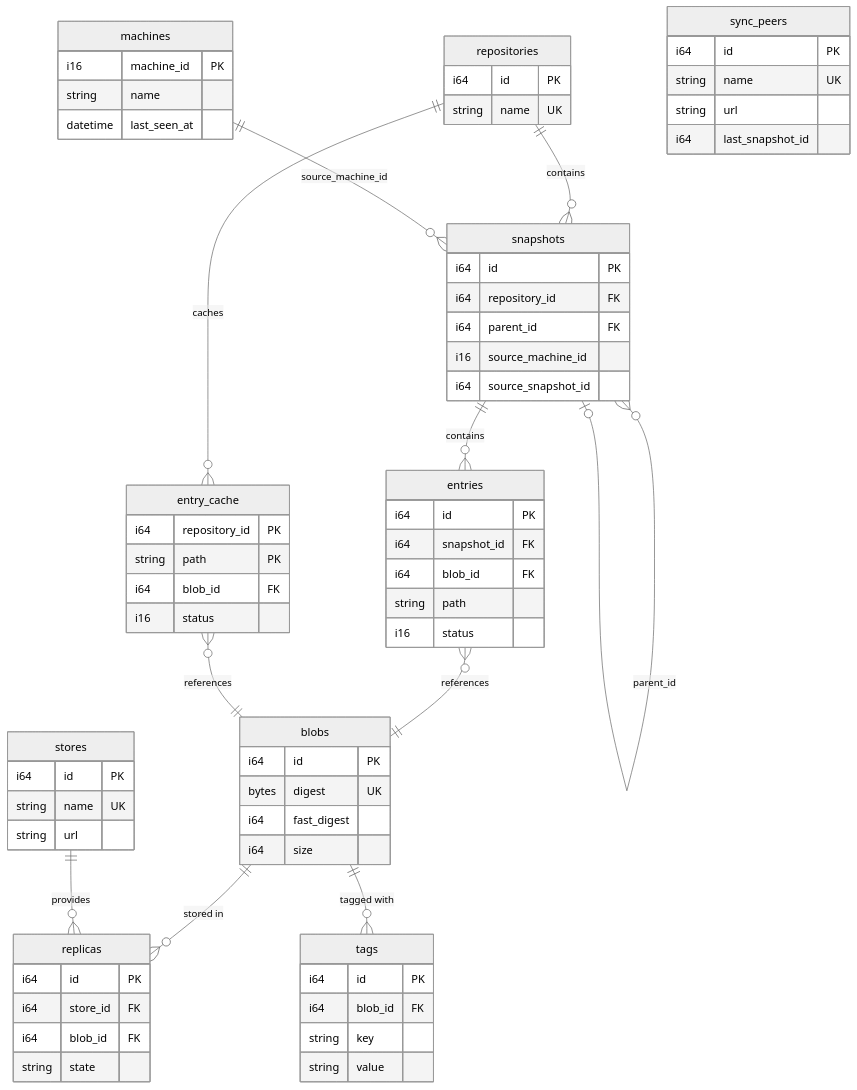
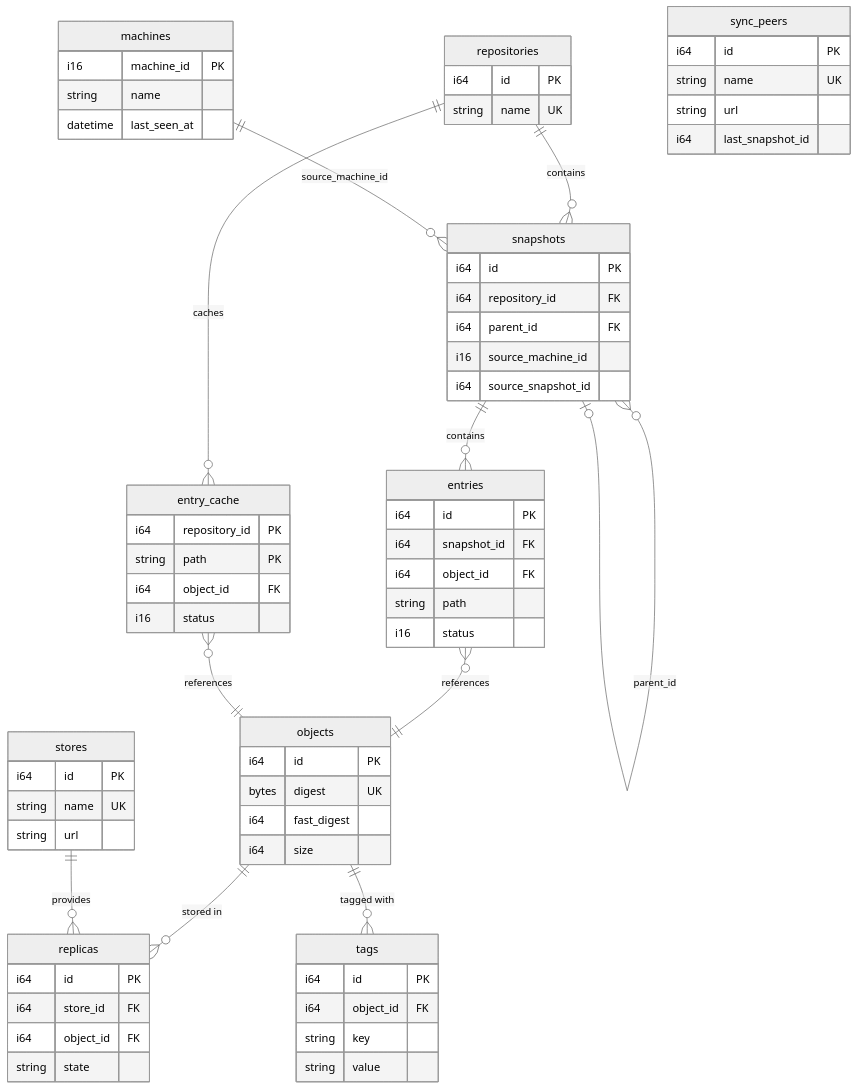
The diagram in docs/arch/database-schema.md (taskie/tome), drawn with Mermaid (neutral theme) before and after one commit. The commit also changed other lines of this file and 34 other files, not shown here.

First line of the commit message:
refactor: rename blobs to objects across all crates and docs

````diff
--- a/docs/arch/database-schema.md
+++ b/docs/arch/database-schema.md
@@ -7,72 +7,72 @@
 ```mermaid
 erDiagram
     repositories ||--o{ snapshots : contains
     repositories ||--o{ entry_cache : caches
     snapshots ||--o{ entries : contains
     snapshots }o--o| snapshots : "parent_id"
-    entries }o--|| blobs : references
-    entry_cache }o--|| blobs : references
-    blobs ||--o{ replicas : "stored in"
-    blobs ||--o{ tags : "tagged with"
+    entries }o--|| objects : references
+    entry_cache }o--|| objects : references
+    objects ||--o{ replicas : "stored in"
+    objects ||--o{ tags : "tagged with"
     stores ||--o{ replicas : provides
     machines ||--o{ snapshots : "source_machine_id"
 
     repositories {
         i64 id PK
         string name UK
     }
-    blobs {
+    objects {
         i64 id PK
         bytes digest UK
         i64 fast_digest
         i64 size
     }
     snapshots {
         i64 id PK
         i64 repository_id FK
         i64 parent_id FK
         i16 source_machine_id
         i64 source_snapshot_id
     }
     entries {
         i64 id PK
         i64 snapshot_id FK
-        i64 blob_id FK
+        i64 object_id FK
         string path
         i16 status
     }
     entry_cache {
         i64 repository_id PK
         string path PK
-        i64 blob_id FK
+        i64 object_id FK
         i16 status
     }
     stores {
         i64 id PK
         string name UK
         string url
     }
     replicas {
         i64 id PK
         i64 store_id FK
-        i64 blob_id FK
+        i64 object_id FK
         string state
     }
     tags {
         i64 id PK
-        i64 blob_id FK
+        i64 object_id FK
         string key
         string value
     }
     sync_peers {
         i64 id PK
         string name UK
         string url
         i64 last_snapshot_id
     }
     machines {
         i16 machine_id PK
         string name
         datetime last_seen_at
     }
 ```
````
